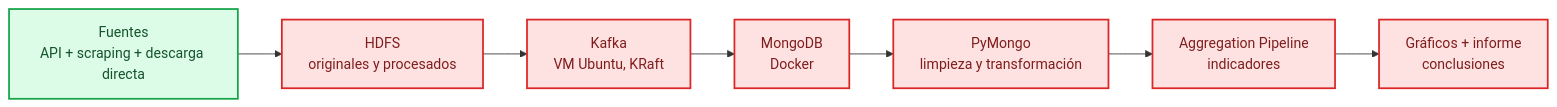
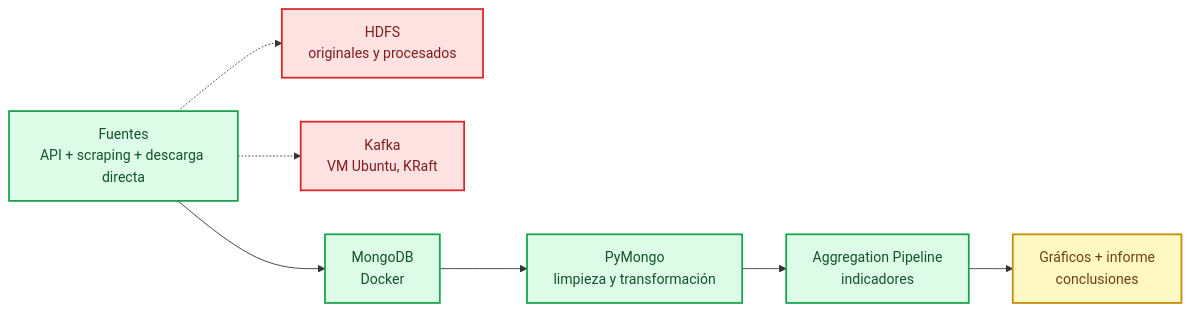
The first of 2 diagrams in README.md (mikelrh-dev/bigdata-vivienda-euskadi), drawn with Mermaid before and after one commit. The commit also changed other lines of this file and 134 other files, not shown here.

````diff
--- a/README.md
+++ b/README.md
@@ -16,21 +16,25 @@
 ```mermaid
 flowchart LR
     accTitle: Pipeline de datos vivienda Euskadi
     accDescr: Flujo de fuentes a resultados: extraccion, HDFS, Kafka, MongoDB, limpieza, agregacion, visualizacion.
 
     src["Fuentes<br/>API + scraping + descarga directa"]
     hdfs["HDFS<br/>originales y procesados"]
     kafka["Kafka<br/>VM Ubuntu, KRaft"]
     mongo["MongoDB<br/>Docker"]
     clean["PyMongo<br/>limpieza y transformación"]
     agg["Aggregation Pipeline<br/>indicadores"]
     viz["Gráficos + informe<br/>conclusiones"]
 
-    src --> hdfs --> kafka --> mongo --> clean --> agg --> viz
+    src --> mongo --> clean --> agg --> viz
+    src -.-> hdfs
+    src -.-> kafka
 
     classDef done fill:#dcfce7,stroke:#16a34a,stroke-width:2px,color:#14532d
     classDef partial fill:#fef9c3,stroke:#ca8a04,stroke-width:2px,color:#713f12
     classDef todo fill:#fee2e2,stroke:#dc2626,stroke-width:2px,color:#7f1d1d
     class src done
-    class hdfs,kafka,mongo,clean,agg,viz todo
+    class hdfs,kafka todo
+    class mongo,clean,agg done
+    class viz partial
 ```
````
